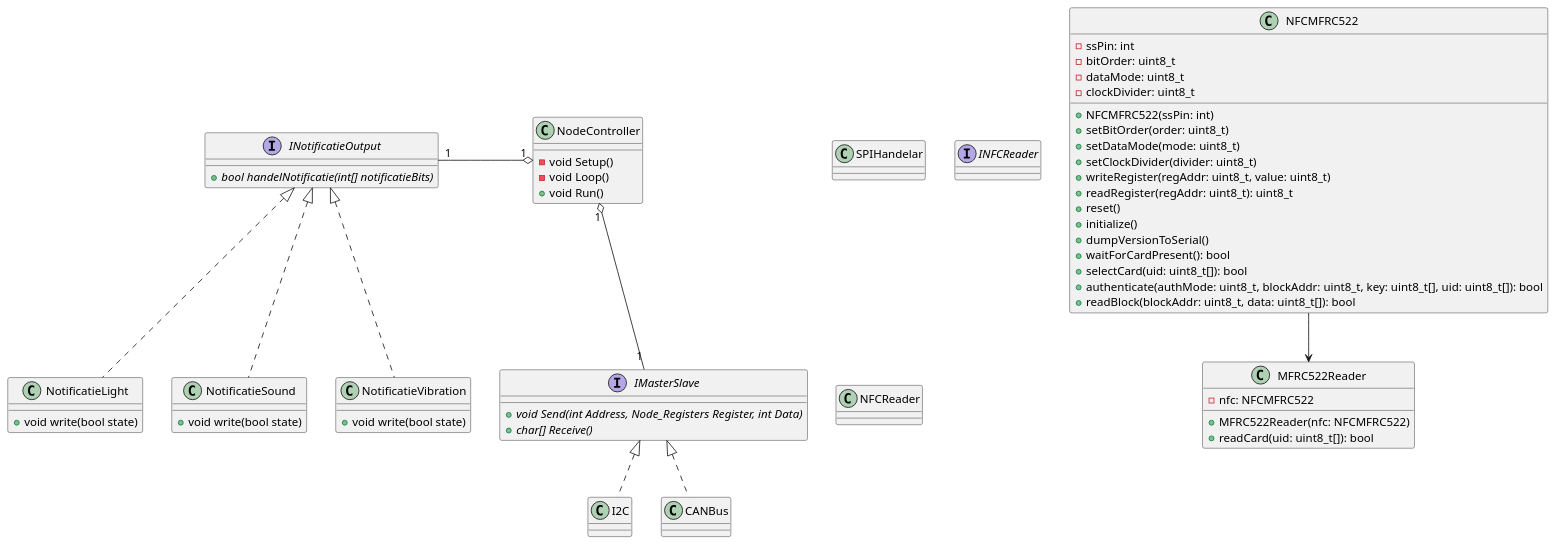
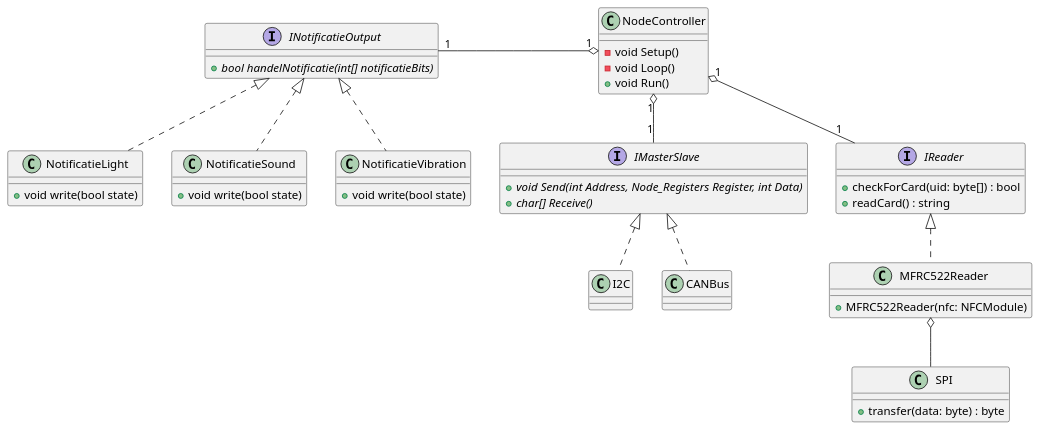
One commit to T3-FindIt/FindIt changed the diagram in Designs/Arduino nano/Class diagram.wsd. Above: the diagram before and after it, drawn with PlantUML. The commit also changed 1 other file, not shown here.

Commit message:
update classdiagram

```diff
--- a/Designs/Arduino nano/Class diagram.wsd
+++ b/Designs/Arduino nano/Class diagram.wsd
@@ -1,89 +1,64 @@
 @startuml
 
 Class NodeController
 {
     {method} - void Setup()
     {method} - void Loop()
     {method} + void Run()
-}
-
-class SPIHandelar
-{
-
-}
-
-Interface INFCReader
-{
-
-}
-
-class NFCReader
-{
-
 }
 
 Interface IMasterSlave
 {
     {abstract} + void Send(int Address, Node_Registers Register, int Data)
     {abstract} + char[] Receive()
 }
 
 Interface INotificatieOutput
 {
     {abstract} + bool handelNotificatie(int[] notificatieBits)
 }
 
 class NotificatieLight
 {
     {method} + void write(bool state)
 }
 class NotificatieSound
 {
     {method} + void write(bool state)
 }
 class NotificatieVibration
 {
     {method} + void write(bool state)
 }
 
 NodeController "1" o-left- "1" INotificatieOutput
 NodeController "1" o-- "1" IMasterSlave
+NodeController "1" o-- "1" IReader
 
 INotificatieOutput <|.. NotificatieLight
 INotificatieOutput <|.. NotificatieSound
 INotificatieOutput <|.. NotificatieVibration
 
 IMasterSlave <|.. I2C
 IMasterSlave <|.. CANBus
 
-class NFCMFRC522 {
-    -ssPin: int
-    -bitOrder: uint8_t
-    -dataMode: uint8_t
-    -clockDivider: uint8_t
 
-    +NFCMFRC522(ssPin: int)
-    +setBitOrder(order: uint8_t)
-    +setDataMode(mode: uint8_t)
-    +setClockDivider(divider: uint8_t)
-    +writeRegister(regAddr: uint8_t, value: uint8_t)
-    +readRegister(regAddr: uint8_t): uint8_t
-    +reset()
-    +initialize()
-    +dumpVersionToSerial()
-    +waitForCardPresent(): bool
-    +selectCard(uid: uint8_t[]): bool
-    +authenticate(authMode: uint8_t, blockAddr: uint8_t, key: uint8_t[], uid: uint8_t[]): bool
-    +readBlock(blockAddr: uint8_t, data: uint8_t[]): bool
+class SPI {
+    +transfer(data: byte) : byte
+}
+
+
+
+interface IReader {
+    +checkForCard(uid: byte[]) : bool
+    +readCard() : string
 }
 
 class MFRC522Reader {
-    -nfc: NFCMFRC522
-
-    +MFRC522Reader(nfc: NFCMFRC522)
-    +readCard(uid: uint8_t[]): bool
+    +MFRC522Reader(nfc: NFCModule)
 }
 
-NFCMFRC522 --> MFRC522Reader
+IReader <|.. MFRC522Reader
+MFRC522Reader o-- SPI
 
 @enduml
```
